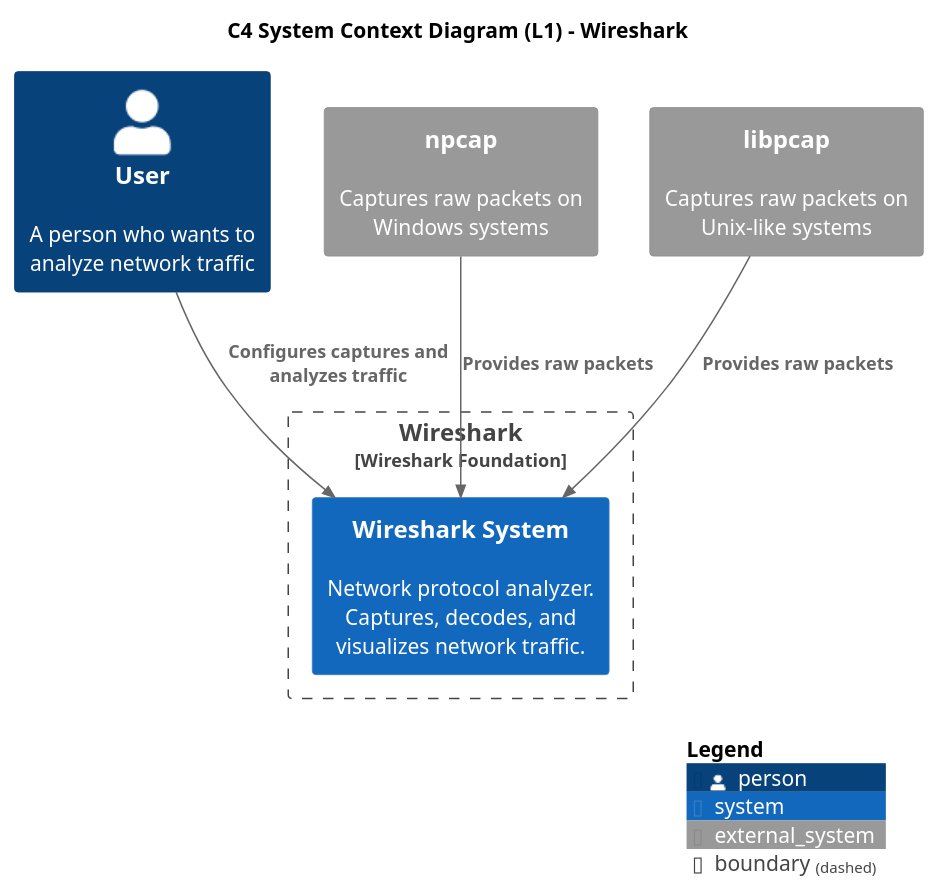
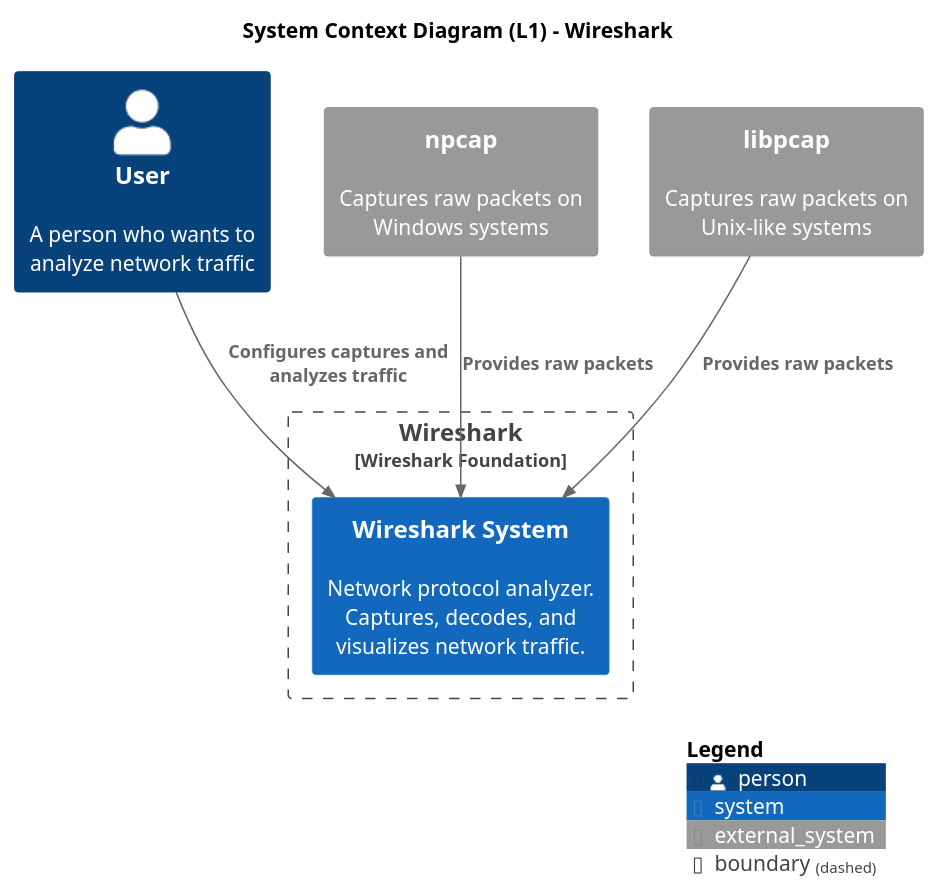
The diagram in reports/architecture-diagrams/sketches/context_sketch.puml (SDA-Team05/project-team05), drawn with PlantUML before and after one commit. The commit also changed 10 other files, not shown here.

Commit message:
merged architecture reports and added diagrams

```diff
--- a/reports/architecture-diagrams/sketches/context_sketch.puml
+++ b/reports/architecture-diagrams/sketches/context_sketch.puml
@@ -1,24 +1,24 @@
 @startuml C4_Elements
 !include https://raw.githubusercontent.com/plantuml-stdlib/C4-PlantUML/master/C4_Context.puml
 
-title C4 System Context Diagram (L1) - Wireshark
+title System Context Diagram (L1) - Wireshark
 
 Person(wiresharkUser, "User", "A person who wants to analyze network traffic")
 
 ' Sistema principale
 Boundary(wiresharkBoundary, "Wireshark", "Wireshark Foundation") {
     System(wireshark, "Wireshark System", "Network protocol analyzer. Captures, decodes, and visualizes network traffic.")
 }
 ' Sistemi Esterni
 System_Ext(npcap, "npcap", "Captures raw packets on Windows systems")
 System_Ext(libpcap, "libpcap", "Captures raw packets on Unix-like systems")
 
 ' Relazioni
 Rel(wiresharkUser, wireshark, "Configures captures and analyzes traffic")
 Rel(npcap, wireshark, "Provides raw packets")
 Rel(libpcap, wireshark, "Provides raw packets")
 
 ' Legenda automatica di C4
 SHOW_LEGEND()
 
 @enduml
```
